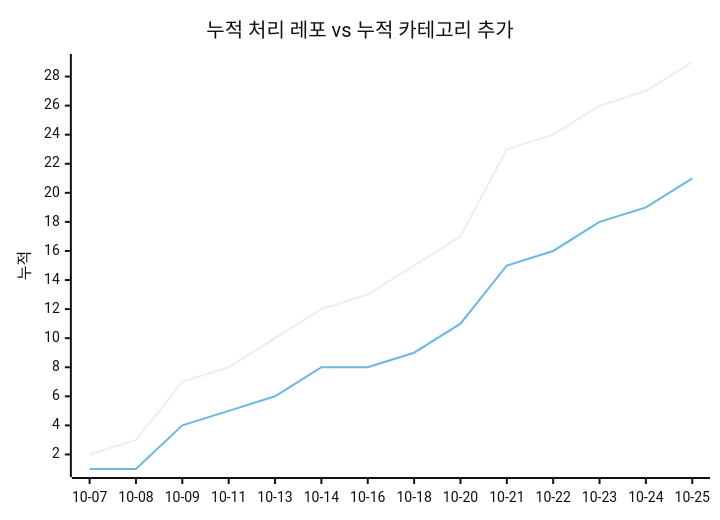
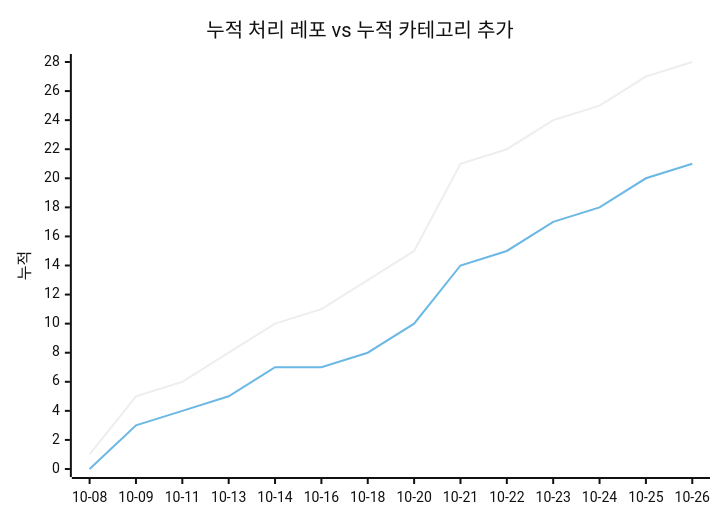
The second of 2 diagrams in docs/trends.md (J-nowcow/awesome-korean-agent-skills), drawn with Mermaid (neutral theme) before and after one commit. The commit also changed other lines of this file and 28 other files, not shown here.

````diff
--- a/docs/trends.md
+++ b/docs/trends.md
@@ -68,8 +68,8 @@
 ```mermaid
 xychart-beta
     title "누적 처리 레포 vs 누적 카테고리 추가"
-    x-axis ["10-07","10-08","10-09","10-11","10-13","10-14","10-16","10-18","10-20","10-21","10-22","10-23","10-24","10-25"]
+    x-axis ["10-08","10-09","10-11","10-13","10-14","10-16","10-18","10-20","10-21","10-22","10-23","10-24","10-25","10-26"]
     y-axis "누적"
-    line [2,3,7,8,10,12,13,15,17,23,24,26,27,29]
-    line [1,1,4,5,6,8,8,9,11,15,16,18,19,21]
+    line [1,5,6,8,10,11,13,15,21,22,24,25,27,28]
+    line [0,3,4,5,7,7,8,10,14,15,17,18,20,21]
 ```
````
